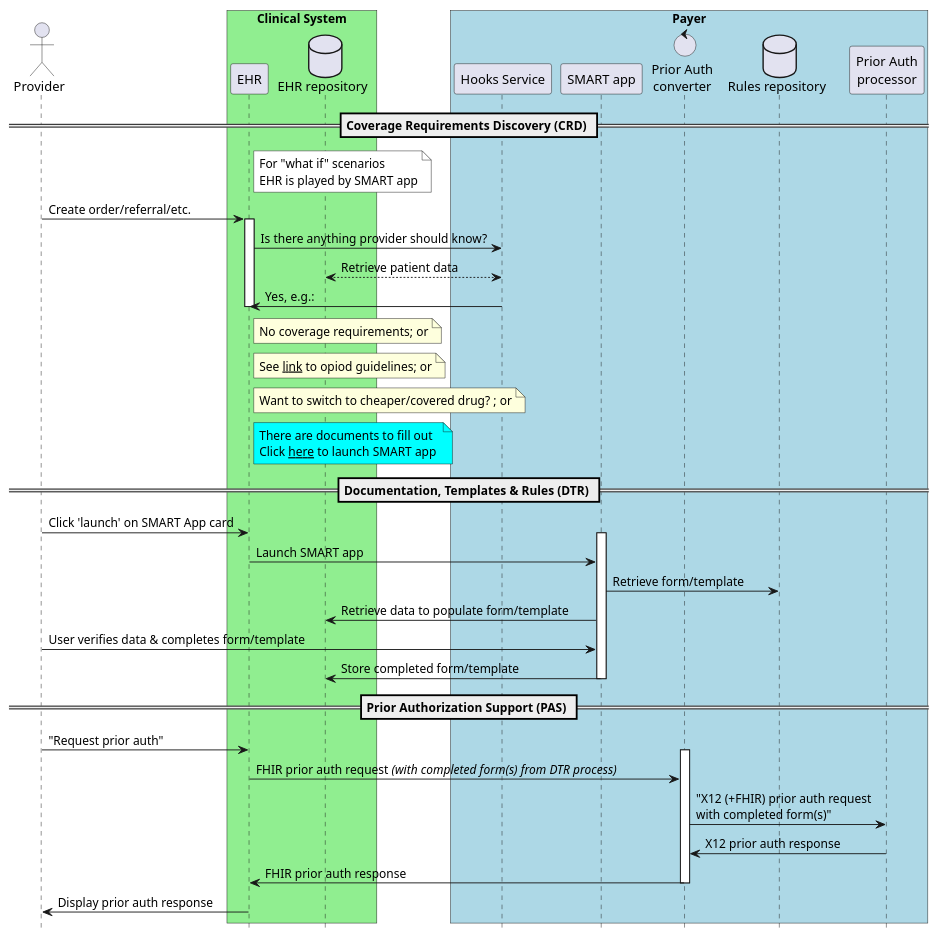
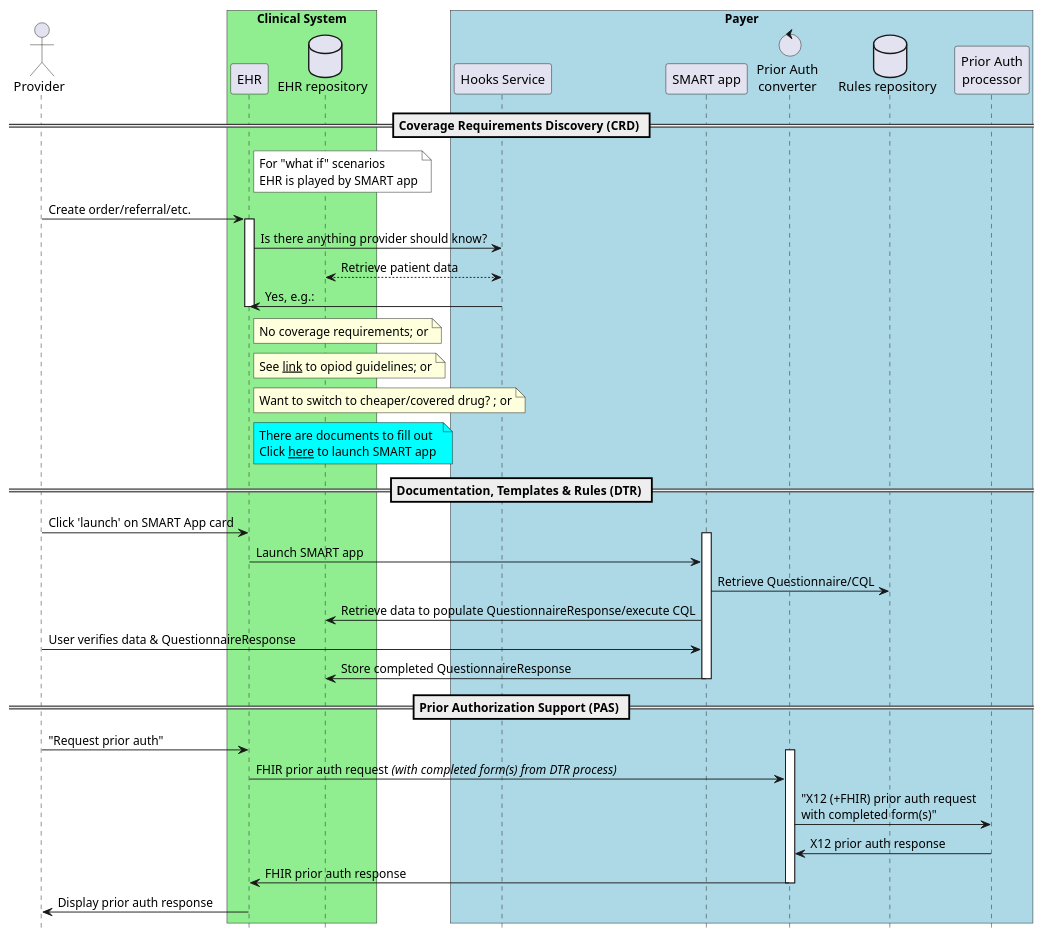
The diagram in template/images-source/burdenReduction.plantuml (HL7/davinci-epdx), drawn with PlantUML before and after one commit. The commit also changed 326 other files, not shown here.

```diff
--- a/template/images-source/burdenReduction.plantuml
+++ b/template/images-source/burdenReduction.plantuml
@@ -1,53 +1,53 @@
 @startuml
 hide footbox
 actor "Provider"
 box "Clinical System" #LightGreen
   participant EHR
   database "EHR repository"
 end box
 box "Payer" #LightBlue
   participant "Hooks Service"
   participant "SMART app"
   control converter as "Prior Auth\nconverter"
   database "Rules repository"
   participant processor as "Prior Auth\nprocessor"
 end box
 
 == Coverage Requirements Discovery (CRD) ==
 
 note right of EHR #white
   For "what if" scenarios
   EHR is played by SMART app
 end note
 "Provider" -> "EHR" : Create order/referral/etc.
 Activate EHR
   "EHR" -> "Hooks Service" : Is there anything provider should know?
   "Hooks Service" <--> "EHR repository" : Retrieve patient data
   "EHR" <- "Hooks Service" : Yes, e.g.:
   note right of EHR: No coverage requirements; or
   note right of EHR: See __link__ to opiod guidelines; or
   note right of EHR: Want to switch to cheaper/covered drug? ; or
   note right of EHR #aqua
     There are documents to fill out
     Click __here__ to launch SMART app 
   end note
 Deactivate EHR
 == Documentation, Templates & Rules (DTR) ==
 "Provider" -> "EHR": Click 'launch' on SMART App card
 Activate "SMART app"
   "EHR" -> "SMART app": Launch SMART app
-  "SMART app" -> "Rules repository": Retrieve form/template
-  "SMART app" -> "EHR repository": Retrieve data to populate form/template
-  "SMART app" <- "Provider": User verifies data & completes form/template
-  "SMART app" -> "EHR repository": Store completed form/template
+  "SMART app" -> "Rules repository": Retrieve Questionnaire/CQL
+  "SMART app" -> "EHR repository": Retrieve data to populate QuestionnaireResponse/execute CQL
+  "SMART app" <- "Provider": User verifies data & QuestionnaireResponse
+  "SMART app" -> "EHR repository": Store completed QuestionnaireResponse
 Deactivate "SMART app"
 == Prior Authorization Support (PAS) ==
 Provider -> EHR: "Request prior auth"
 Activate converter
   EHR -> converter: FHIR prior auth request //(with completed form(s) from DTR process)//
   converter -> processor: "X12 (+FHIR) prior auth request\nwith completed form(s)"
   processor -> converter: X12 prior auth response
   converter -> EHR: FHIR prior auth response
 Deactivate converter
 EHR -> Provider: Display prior auth response
 @enduml
```
